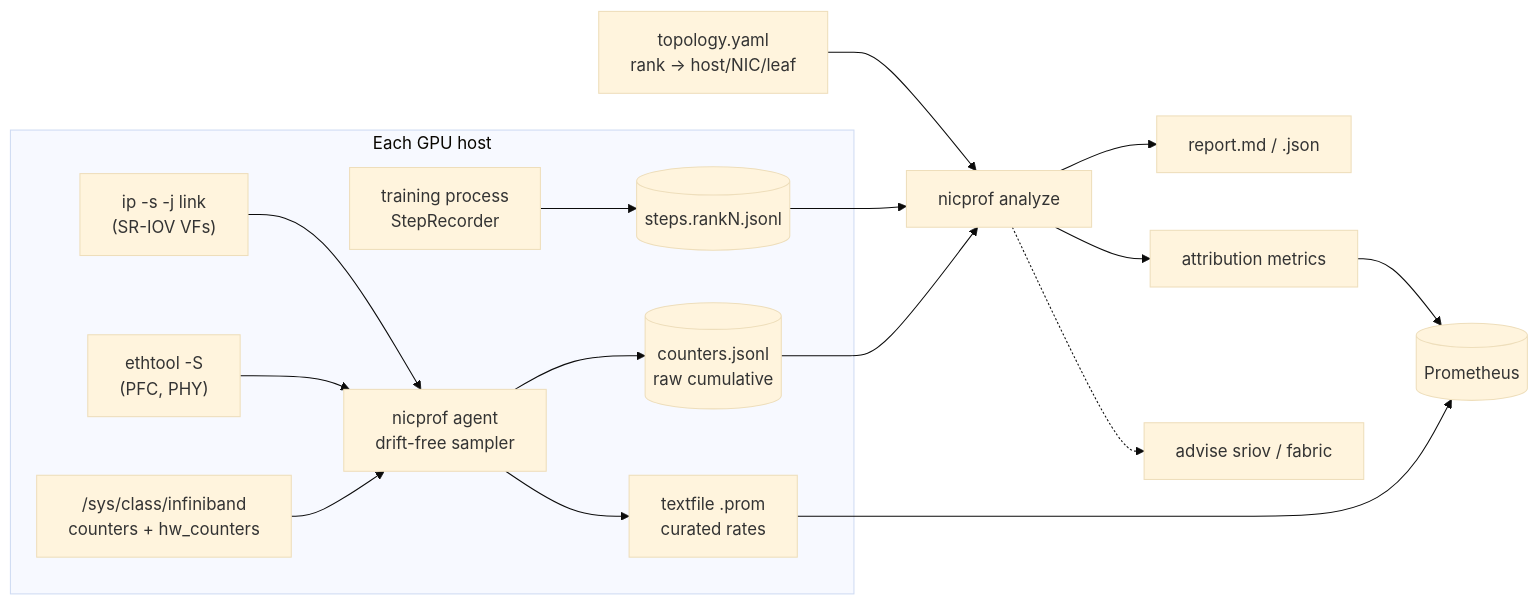
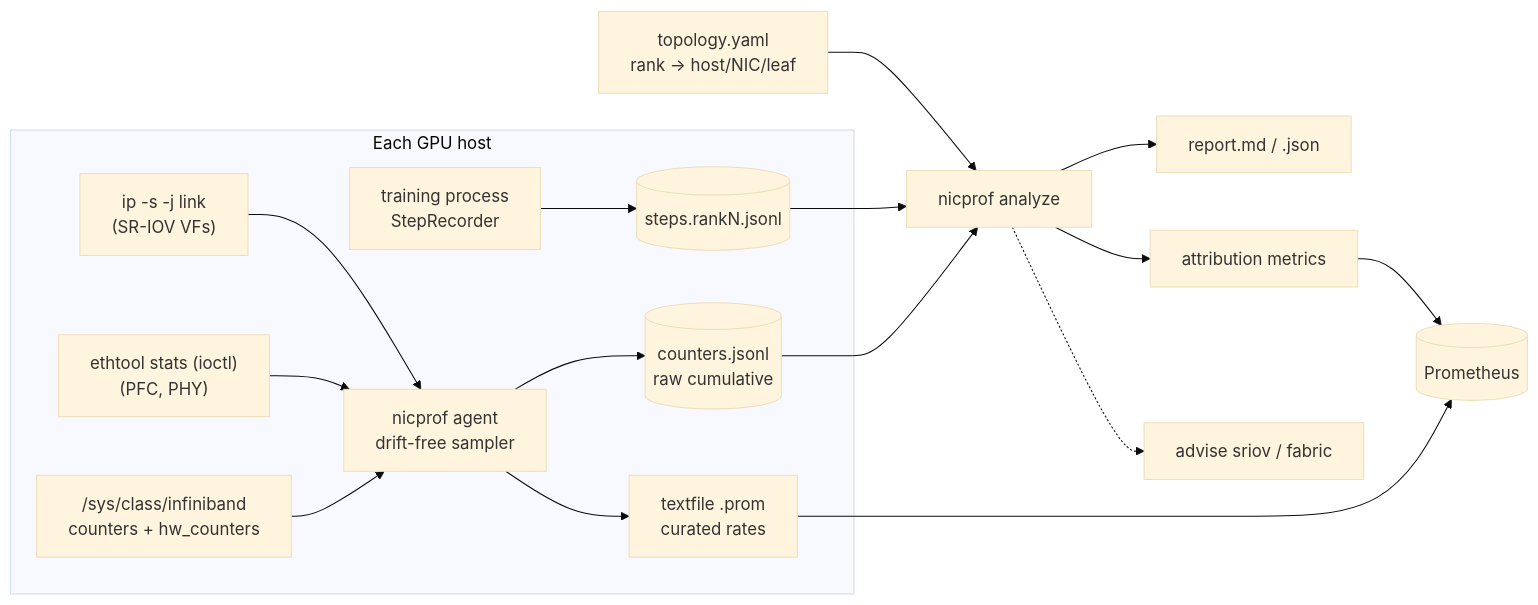
Before and after one commit to nareshns2004/ai-nic-performance-profiler: the diagram in docs/architecture.md, drawn with Mermaid (base theme). The commit also changed 10 other files, not shown here.

First line of the commit message:
B12: read ethtool stats in-process via SIOCETHTOOL instead of forking

````diff
--- a/docs/architecture.md
+++ b/docs/architecture.md
@@ -21,18 +21,18 @@
 ```mermaid
 flowchart LR
   subgraph host["Each GPU host"]
     SYS["/sys/class/infiniband<br/>counters + hw_counters"] --> AG
-    ETH["ethtool -S<br/>(PFC, PHY)"] --> AG
+    ETH["ethtool stats (ioctl)<br/>(PFC, PHY)"] --> AG
     IPL["ip -s -j link<br/>(SR-IOV VFs)"] --> AG
     AG["nicprof agent<br/>drift-free sampler"] --> JL[("counters.jsonl<br/>raw cumulative")]
     AG --> PROM["textfile .prom<br/>curated rates"]
     TR["training process<br/>StepRecorder"] --> SJ[("steps.rankN.jsonl")]
   end
   PROM --> P[(Prometheus)]
   JL --> AN
   SJ --> AN
   TOPO["topology.yaml<br/>rank → host/NIC/leaf"] --> AN
   AN["nicprof analyze"] --> R1["report.md / .json"]
   AN --> R2["attribution metrics"] --> P
   AN -.-> ADV["advise sriov / fabric"]
 ```
````
